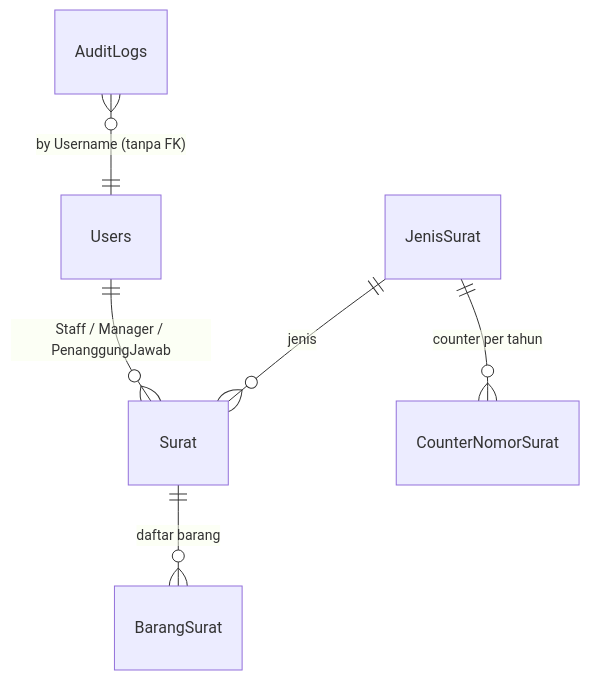
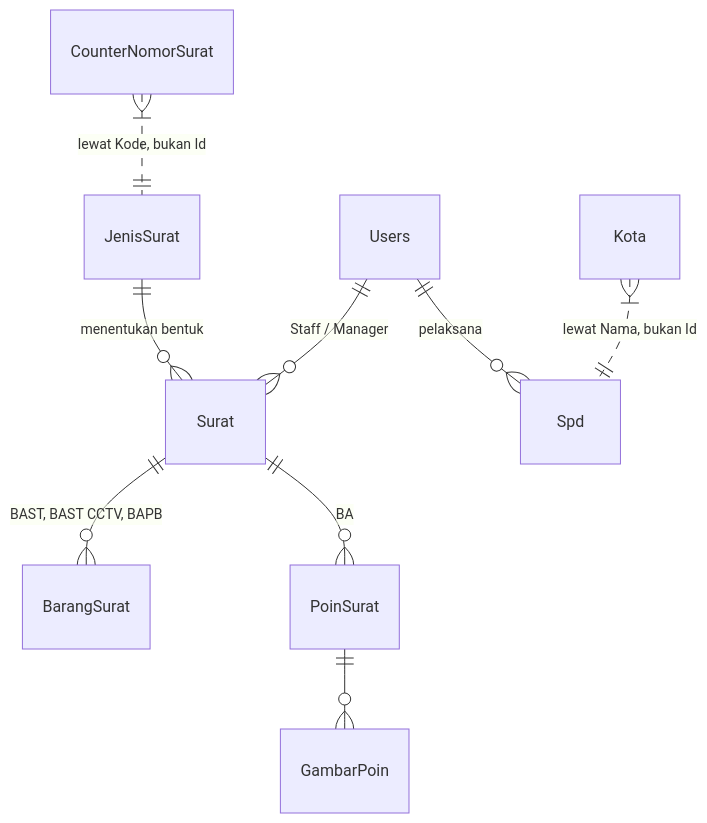
Before and after one commit to NDI05/Docuflow-KPB: the diagram in documentation/03-ERD.md, drawn with Mermaid. The commit also changed other lines of this file and 7 other files, not shown here.

````diff
--- a/documentation/03-ERD.md
+++ b/documentation/03-ERD.md
@@ -9,8 +8,12 @@
 ```mermaid
 erDiagram
-    Users ||--o{ Surat : "Staff / Manager / PenanggungJawab"
-    JenisSurat ||--o{ Surat : "jenis"
-    JenisSurat ||--o{ CounterNomorSurat : "counter per tahun"
-    Surat ||--o{ BarangSurat : "daftar barang"
-    AuditLogs }o--|| Users : "by Username (tanpa FK)"
+    JenisSurat     ||--o{ Surat        : "menentukan bentuk"
+    Users          ||--o{ Surat        : "Staff / Manager"
+    Surat          ||--o{ BarangSurat  : "BAST, BAST CCTV, BAPB"
+    Surat          ||--o{ PoinSurat    : "BA"
+    PoinSurat      ||--o{ GambarPoin   : ""
+    Users          ||--o{ Spd          : "pelaksana"
+
+    CounterNomorSurat }|..|| JenisSurat : "lewat Kode, bukan Id"
+    Kota              }|..|| Spd        : "lewat Nama, bukan Id"
 ```
````
